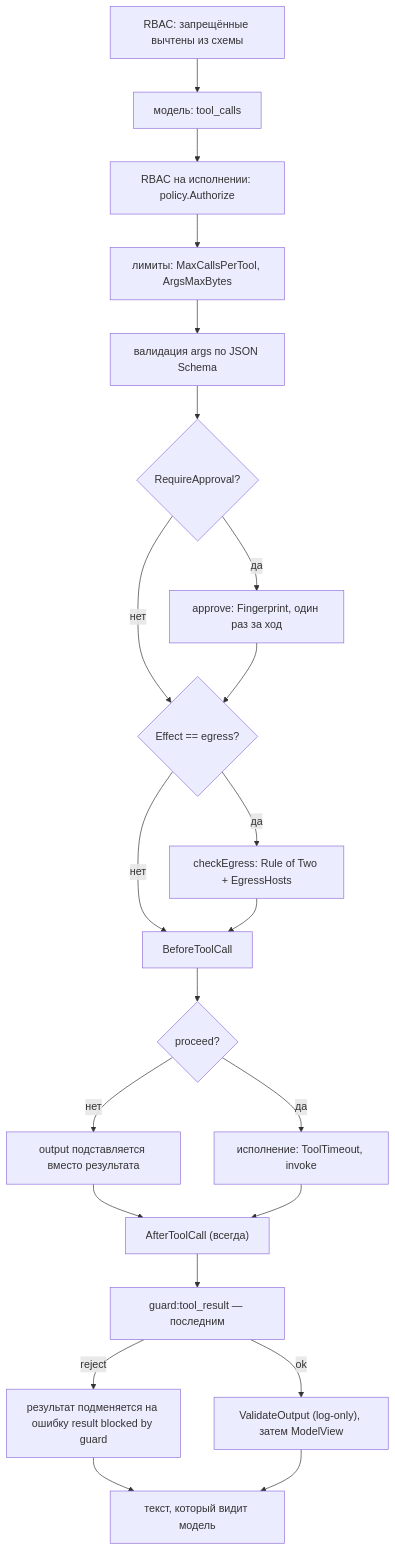
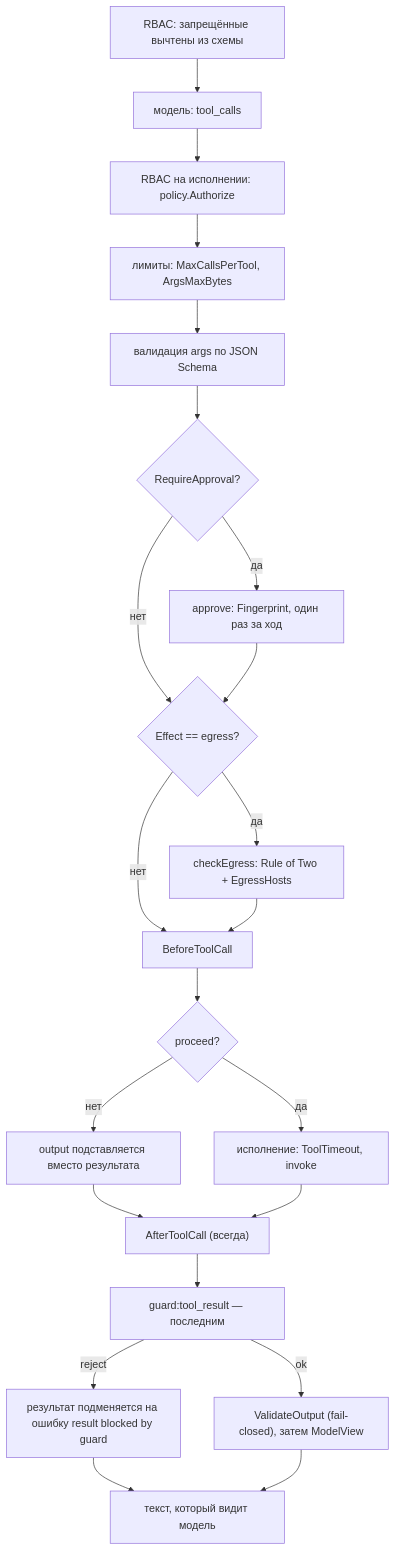
The diagram in docs/guides/tool-calling.md (KirillYuzh/Gobellim), drawn with Mermaid before and after one commit. The commit also changed other lines of this file and 18 other files, not shown here.

Commit message:
feat: window the guard scan, fail closed on tool output, russian text

````diff
--- a/docs/guides/tool-calling.md
+++ b/docs/guides/tool-calling.md
@@ -46,24 +46,24 @@
 ```mermaid
 flowchart TD
     A["RBAC: запрещённые вычтены из схемы"] --> B["модель: tool_calls"]
     B --> C["RBAC на исполнении: policy.Authorize"]
     C --> D["лимиты: MaxCallsPerTool, ArgsMaxBytes"]
     D --> E["валидация args по JSON Schema"]
     E --> F{"RequireApproval?"}
     F -->|"да"| G["approve: Fingerprint, один раз за ход"]
     F -->|"нет"| H{"Effect == egress?"}
     G --> H
     H -->|"да"| I["checkEgress: Rule of Two + EgressHosts"]
     H -->|"нет"| J["BeforeToolCall"]
     I --> J
     J --> K{"proceed?"}
     K -->|"нет"| L["output подставляется вместо результата"]
     K -->|"да"| M["исполнение: ToolTimeout, invoke"]
     L --> N["AfterToolCall (всегда)"]
     M --> N
     N --> O["guard:tool_result — последним"]
     O -->|"reject"| P["результат подменяется на ошибку result blocked by guard"]
-    O -->|"ok"| Q["ValidateOutput (log-only), затем ModelView"]
+    O -->|"ok"| Q["ValidateOutput (fail-closed), затем ModelView"]
     P --> R["текст, который видит модель"]
     Q --> R
 ```
````
